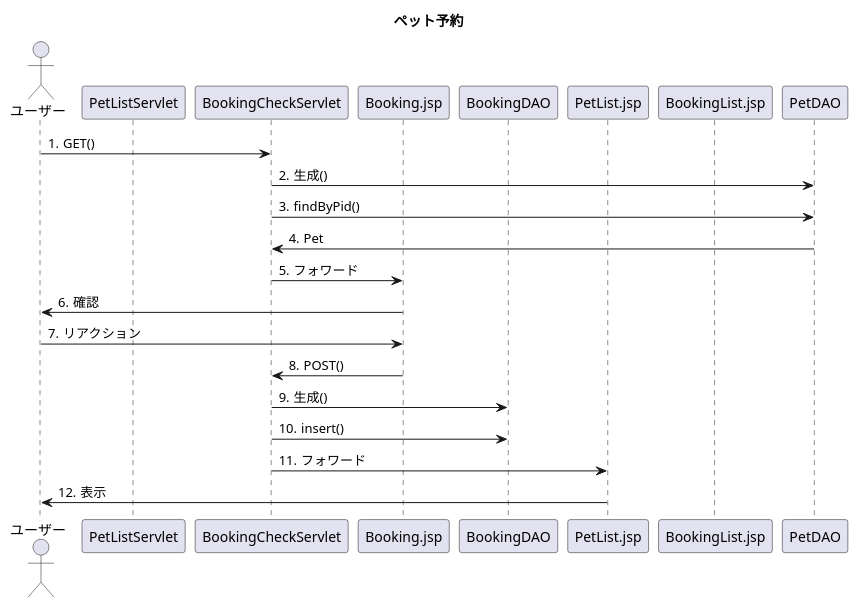
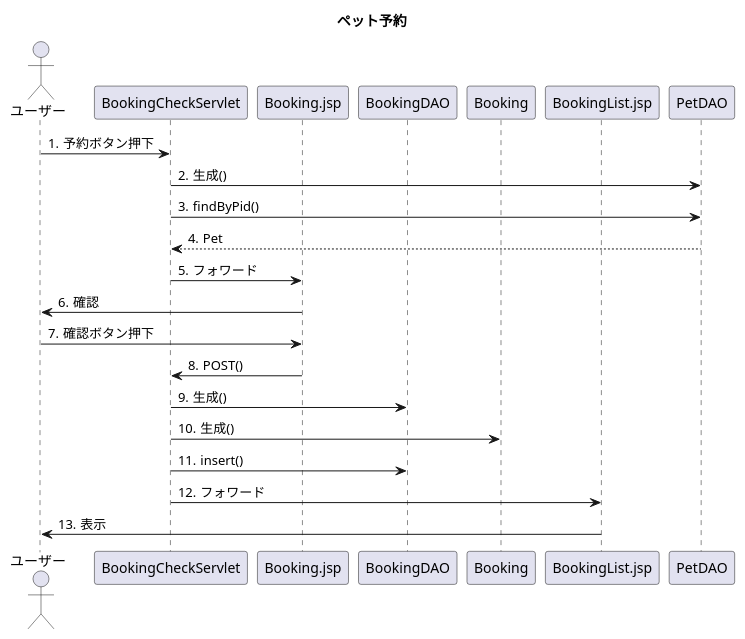
The diagram in detail.uml/seq_booking.pu (Tyamanaka07/WebSystem), drawn with PlantUML before and after one commit.

```diff
--- a/detail.uml/seq_booking.pu
+++ b/detail.uml/seq_booking.pu
@@ -1,28 +1,28 @@
 @startuml
 title ペット予約
 actor ユーザー
-participant PetListServlet
 participant BookingCheckServlet
 participant Booking.jsp
 participant BookingDAO
-participant PetList.jsp
+participant Booking
 participant BookingList.jsp
 autonumber "#."
 
 
-ユーザー->BookingCheckServlet : GET()
+ユーザー->BookingCheckServlet : 予約ボタン押下
 BookingCheckServlet->PetDAO : 生成()
 BookingCheckServlet->PetDAO : findByPid()
-PetDAO->BookingCheckServlet : Pet
+PetDAO-->BookingCheckServlet : Pet
 BookingCheckServlet->Booking.jsp : フォワード
 Booking.jsp->ユーザー : 確認
-ユーザー->Booking.jsp : リアクション
+ユーザー->Booking.jsp : 確認ボタン押下
 Booking.jsp->BookingCheckServlet : POST()
 BookingCheckServlet->BookingDAO : 生成()
+BookingCheckServlet->Booking:生成()
 BookingCheckServlet->BookingDAO : insert()
-BookingCheckServlet->PetList.jsp : フォワード
-PetList.jsp->ユーザー : 表示
+BookingCheckServlet->BookingList.jsp : フォワード
+BookingList.jsp->ユーザー : 表示
 
 
 
 @enduml
```
